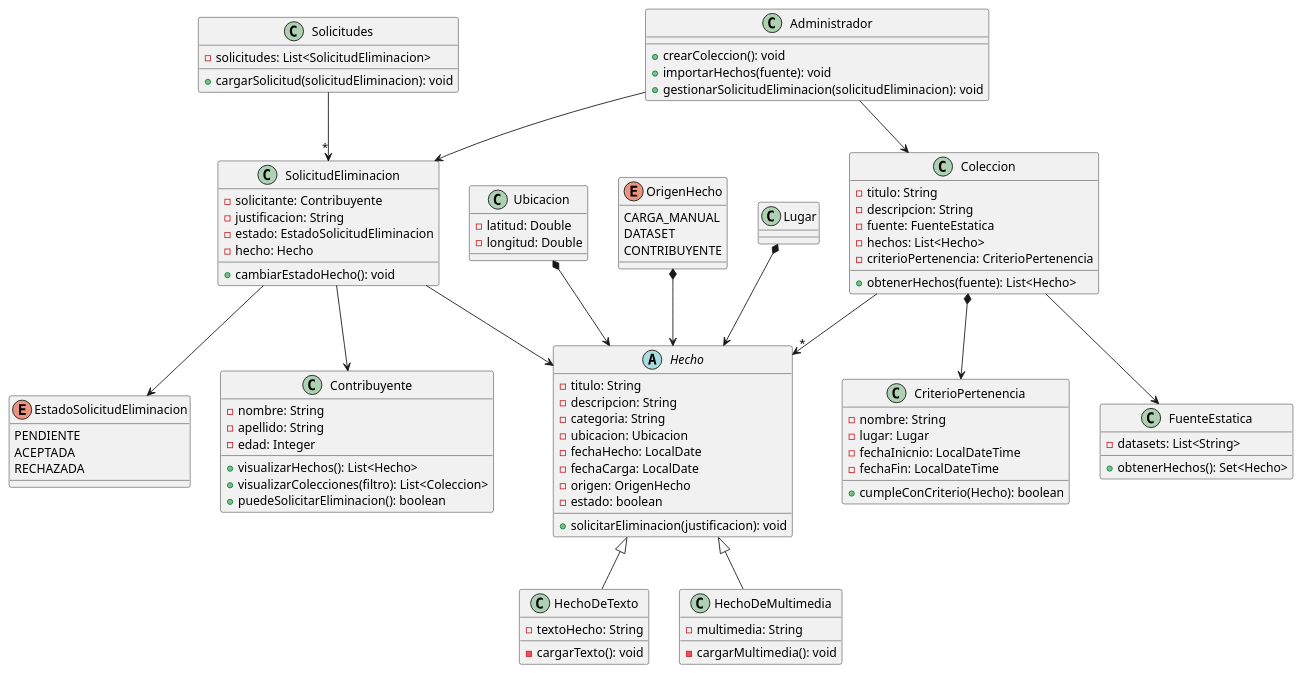
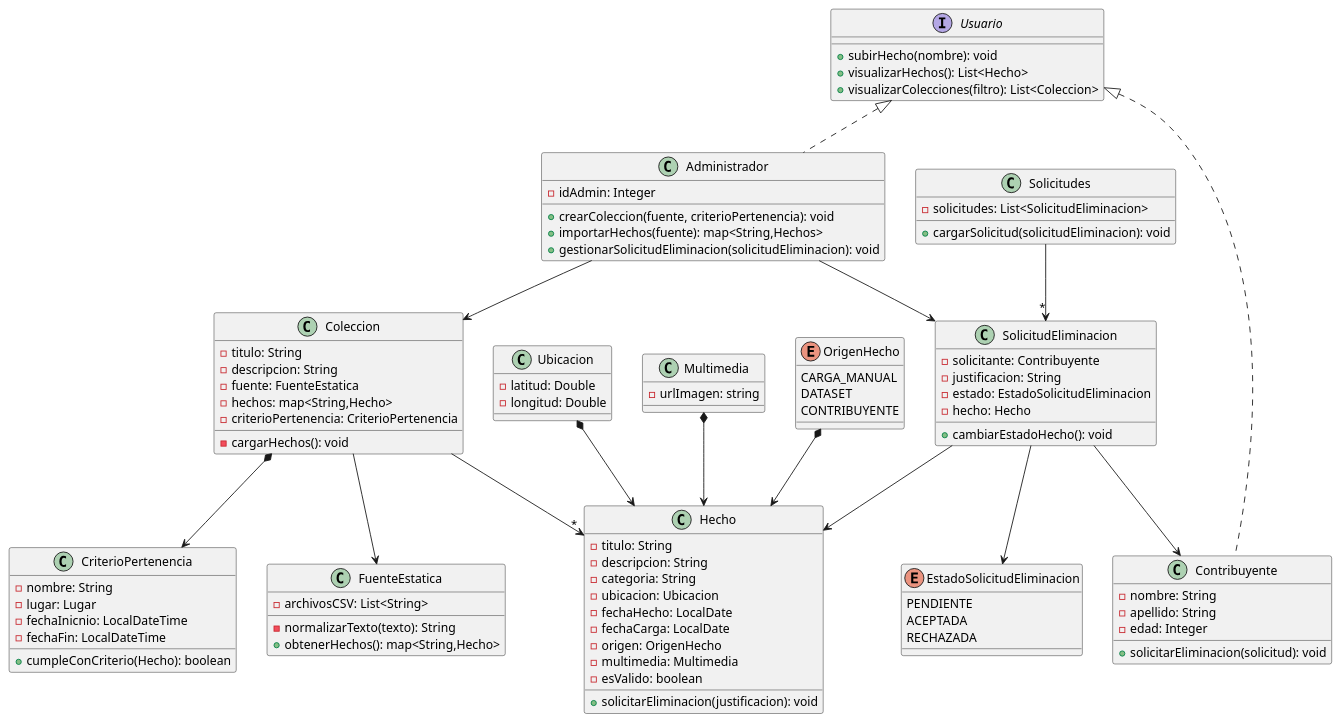
Before and after one commit to OslothLAS/ProyectoDeploy: the diagram in src/main/DiagramaDeClases.puml, drawn with PlantUML. The commit also changed 7 other files, not shown here.

```diff
--- a/src/main/DiagramaDeClases.puml
+++ b/src/main/DiagramaDeClases.puml
@@ -1,125 +1,120 @@
 @startuml MetaMapa_Entrega1
 
 
 class Coleccion {
    - titulo: String
    - descripcion: String
    - fuente: FuenteEstatica
-   - hechos: List<Hecho>
+   - hechos: map<String,Hecho>
    - criterioPertenencia: CriterioPertenencia
-   + obtenerHechos(fuente): List<Hecho>
+   - cargarHechos(): void
  }
 
  class CriterioPertenencia {
    - nombre: String
-   -   lugar: Lugar
+   - lugar: Lugar
    - fechaInicnio: LocalDateTime
    - fechaFin: LocalDateTime
    + cumpleConCriterio(Hecho): boolean
  }
 
 
 
  class Ubicacion {
    -latitud: Double
    -longitud: Double
  }
 
   class SolicitudEliminacion{
     -solicitante: Contribuyente
     - justificacion: String
     - estado: EstadoSolicitudEliminacion
     - hecho: Hecho
     + cambiarEstadoHecho(): void
   }
 
   class Solicitudes{
   - solicitudes: List<SolicitudEliminacion>
     + cargarSolicitud(solicitudEliminacion): void
   }
 
    enum EstadoSolicitudEliminacion {
        PENDIENTE
        ACEPTADA
        RECHAZADA
      }
 
- abstract class Hecho {
+ class Hecho {
    - titulo: String
    - descripcion: String
    - categoria: String
    -ubicacion: Ubicacion
    - fechaHecho: LocalDate
    - fechaCarga: LocalDate
    - origen: OrigenHecho
-   - estado: boolean
+   - multimedia: Multimedia
+   - esValido: boolean
 
    + solicitarEliminacion(justificacion): void
     }
 
-
-
-  class HechoDeTexto extends Hecho {
-    - textoHecho: String
-    - cargarTexto(): void
+  class Multimedia{
+    -urlImagen: string
   }
 
-  class HechoDeMultimedia extends Hecho{
-      - multimedia: String
-        - cargarMultimedia(): void
-    }
+  interface Usuario{
+     + subirHecho(nombre): void
+     + visualizarHechos(): List<Hecho>
+     + visualizarColecciones(filtro): List<Coleccion>
+  }
 
   enum OrigenHecho {
     CARGA_MANUAL
     DATASET
     CONTRIBUYENTE
   }
 
 
-
-
-
   class FuenteEstatica{
-    - datasets: List<String>
-    + obtenerHechos(): Set<Hecho>
+    - archivosCSV: List<String>
+    - normalizarTexto(texto): String
+    + obtenerHechos(): map<String,Hecho>
   }
 
 
 
-class Contribuyente{
+class Contribuyente implements Usuario{
     - nombre: String
     - apellido: String
     - edad: Integer
-   + visualizarHechos(): List<Hecho>
-   + visualizarColecciones(filtro): List<Coleccion>
-   + puedeSolicitarEliminacion(): boolean
+   + solicitarEliminacion(solicitud): void
 }
 
 
-  class Administrador{
-    + crearColeccion(): void
-    + importarHechos(fuente): void
+  class Administrador implements Usuario{
+    - idAdmin: Integer
+    + crearColeccion(fuente, criterioPertenencia): void
+    + importarHechos(fuente): map<String,Hechos>
     + gestionarSolicitudEliminacion(solicitudEliminacion): void
   }
 
   Coleccion --> FuenteEstatica
   Coleccion -->"*" Hecho
   OrigenHecho *--> Hecho
   Ubicacion *--> Hecho
   Administrador --> Coleccion
   Administrador --> SolicitudEliminacion
   SolicitudEliminacion --> Hecho
-    SolicitudEliminacion --> Contribuyente
-    Solicitudes -->"*" SolicitudEliminacion
-    SolicitudEliminacion --> EstadoSolicitudEliminacion
-    Coleccion *--> CriterioPertenencia
-    Lugar *--> Hecho
-
+  SolicitudEliminacion --> Contribuyente
+  Solicitudes -->"*" SolicitudEliminacion
+  SolicitudEliminacion --> EstadoSolicitudEliminacion
+  Coleccion *--> CriterioPertenencia
+  Multimedia *--> Hecho
 
 
 
 
 
 
 
 @enduml
```
